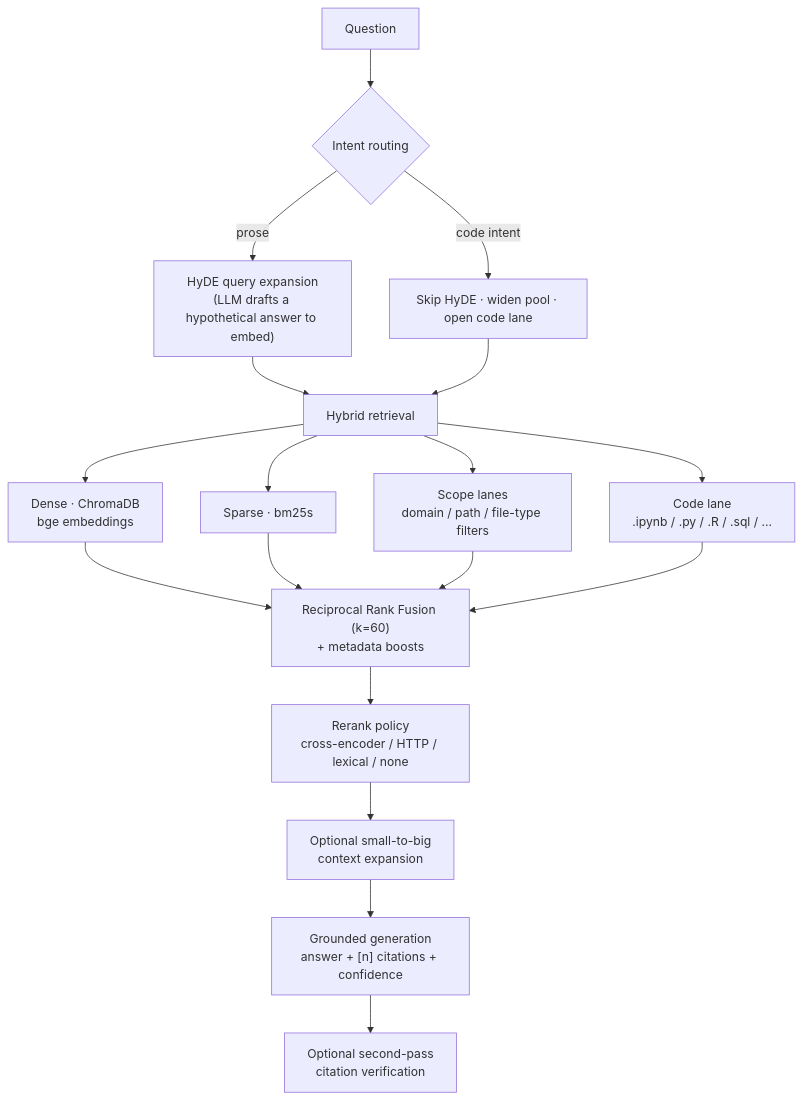
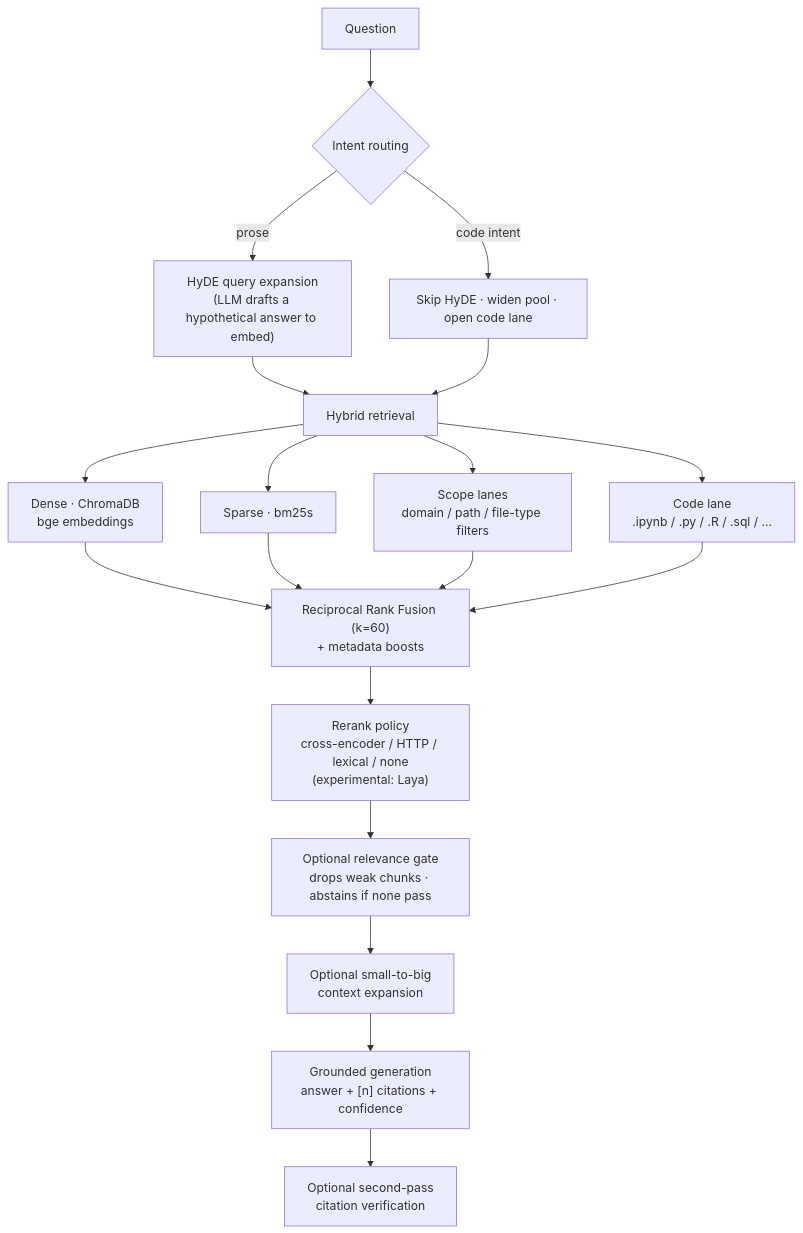
Before and after one commit to AlbertHakobyan070/Advanced-Obsidian-RAG: the diagram in README.md, drawn with Mermaid. The commit also changed other lines of this file and 112 other files, not shown here.

First line of the commit message:
Ship the eval bench, an experimental relevance gate and Laya reranker, and swappable embeddings

````diff
--- a/README.md
+++ b/README.md
@@ -47,20 +47,21 @@
 ```mermaid
 flowchart TD
     Q["Question"] --> R{Intent routing}
     R -->|prose| H["HyDE query expansion<br/>(LLM drafts a hypothetical answer to embed)"]
     R -->|code intent| C0["Skip HyDE · widen pool · open code lane"]
     H --> HY["Hybrid retrieval"]
     C0 --> HY
     HY --> D["Dense · ChromaDB<br/>bge embeddings"]
     HY --> S["Sparse · bm25s"]
     HY --> SL["Scope lanes<br/>domain / path / file-type filters"]
     HY --> CL["Code lane<br/>.ipynb / .py / .R / .sql / …"]
     D --> RRF["Reciprocal Rank Fusion (k=60)<br/>+ metadata boosts"]
     S --> RRF
     SL --> RRF
     CL --> RRF
-    RRF --> RR["Rerank policy<br/>cross-encoder / HTTP / lexical / none"]
-    RR --> EX["Optional small-to-big<br/>context expansion"]
+    RRF --> RR["Rerank policy<br/>cross-encoder / HTTP / lexical / none<br/>(experimental: Laya)"]
+    RR --> GT["Optional relevance gate<br/>drops weak chunks · abstains if none pass"]
+    GT --> EX["Optional small-to-big<br/>context expansion"]
     EX --> G["Grounded generation<br/>answer + [n] citations + confidence"]
     G --> V["Optional second-pass<br/>citation verification"]
 ```
````
